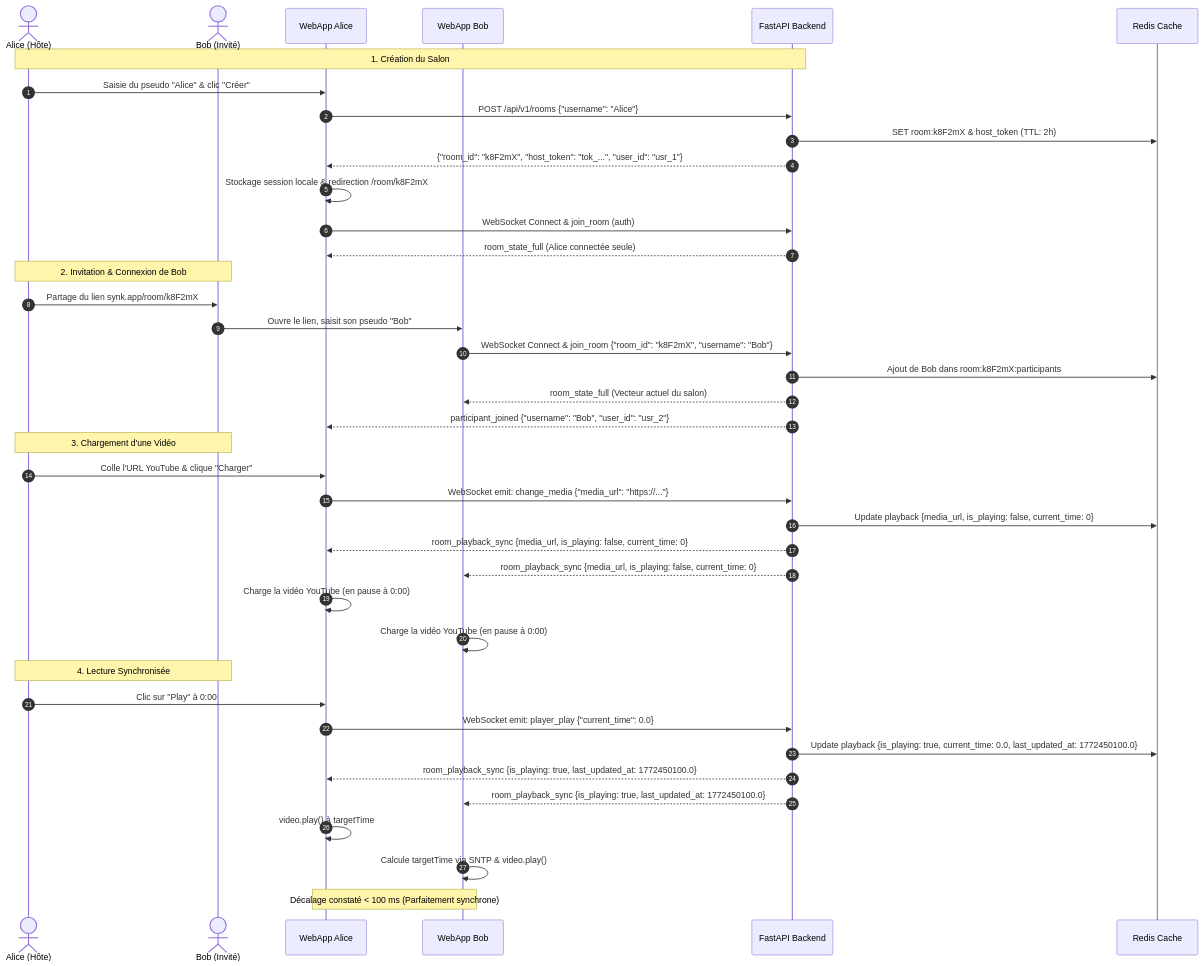
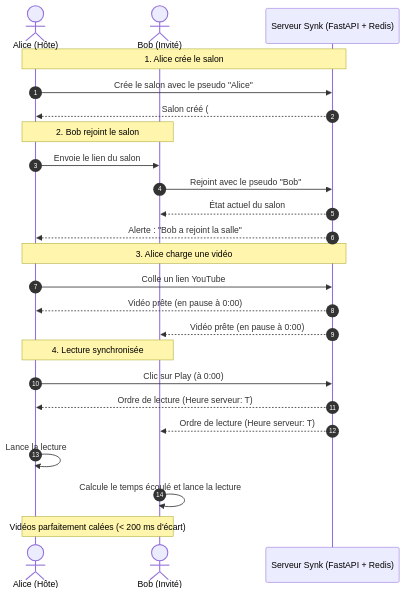
Before and after one commit to Moohmoo/Synk: the diagram in docs/core-sync-algorithm.md, drawn with Mermaid. The commit also changed other lines of this file, not shown here.

Commit message:
docs: simplify sync algorithm documentation

````diff
--- a/docs/core-sync-algorithm.md
+++ b/docs/core-sync-algorithm.md
@@ -93,46 +77,30 @@
 ```mermaid
 sequenceDiagram
     autonumber
     actor Alice as Alice (Hôte)
     actor Bob as Bob (Invité)
-    participant FrontAlice as WebApp Alice
-    participant FrontBob as WebApp Bob
-    participant API as FastAPI Backend
-    participant Redis as Redis Cache
+    participant Serveur as Serveur Synk (FastAPI + Redis)
 
-    Note over Alice,API: 1. Création du Salon
-    Alice->>FrontAlice: Saisie du pseudo "Alice" & clic "Créer"
-    FrontAlice->>API: POST /api/v1/rooms {"username": "Alice"}
-    API->>Redis: SET room:k8F2mX & host_token (TTL: 2h)
-    API-->>FrontAlice: {"room_id": "k8F2mX", "host_token": "tok_...", "user_id": "usr_1"}
-    FrontAlice->>FrontAlice: Stockage session locale & redirection /room/k8F2mX
-    FrontAlice->>API: WebSocket Connect & join_room (auth)
-    API-->>FrontAlice: room_state_full (Alice connectée seule)
+    Note over Alice,Serveur: 1. Alice crée le salon
+    Alice->>Serveur: Crée le salon avec le pseudo "Alice"
+    Serveur-->>Alice: Salon créé (#k8F2mX) + Clé secrète d'hôte
 
-    Note over Alice,Bob: 2. Invitation & Connexion de Bob
-    Alice->>Bob: Partage du lien synk.app/room/k8F2mX
-    Bob->>FrontBob: Ouvre le lien, saisit son pseudo "Bob"
-    FrontBob->>API: WebSocket Connect & join_room {"room_id": "k8F2mX", "username": "Bob"}
-    API->>Redis: Ajout de Bob dans room:k8F2mX:participants
-    API-->>FrontBob: room_state_full (Vecteur actuel du salon)
-    API-->>FrontAlice: participant_joined {"username": "Bob", "user_id": "usr_2"}
+    Note over Alice,Bob: 2. Bob rejoint le salon
+    Alice->>Bob: Envoie le lien du salon
+    Bob->>Serveur: Rejoint avec le pseudo "Bob"
+    Serveur-->>Bob: État actuel du salon
+    Serveur-->>Alice: Alerte : "Bob a rejoint la salle"
 
-    Note over Alice,Bob: 3. Chargement d'une Vidéo
-    Alice->>FrontAlice: Colle l'URL YouTube & clique "Charger"
-    FrontAlice->>API: WebSocket emit: change_media {"media_url": "https://..."}
-    API->>Redis: Update playback {media_url, is_playing: false, current_time: 0}
-    API-->>FrontAlice: room_playback_sync {media_url, is_playing: false, current_time: 0}
-    API-->>FrontBob: room_playback_sync {media_url, is_playing: false, current_time: 0}
-    FrontAlice->>FrontAlice: Charge la vidéo YouTube (en pause à 0:00)
-    FrontBob->>FrontBob: Charge la vidéo YouTube (en pause à 0:00)
+    Note over Alice,Serveur: 3. Alice charge une vidéo
+    Alice->>Serveur: Colle un lien YouTube
+    Serveur-->>Alice: Vidéo prête (en pause à 0:00)
+    Serveur-->>Bob: Vidéo prête (en pause à 0:00)
 
-    Note over Alice,Bob: 4. Lecture Synchronisée
-    Alice->>FrontAlice: Clic sur "Play" à 0:00
-    FrontAlice->>API: WebSocket emit: player_play {"current_time": 0.0}
-    API->>Redis: Update playback {is_playing: true, current_time: 0.0, last_updated_at: 1772450100.0}
-    API-->>FrontAlice: room_playback_sync {is_playing: true, last_updated_at: 1772450100.0}
-    API-->>FrontBob: room_playback_sync {is_playing: true, last_updated_at: 1772450100.0}
-    FrontAlice->>FrontAlice: video.play() à targetTime
-    FrontBob->>FrontBob: Calcule targetTime via SNTP & video.play()
-    Note over FrontAlice,FrontBob: Décalage constaté < 100 ms (Parfaitement synchrone)
+    Note over Alice,Bob: 4. Lecture synchronisée
+    Alice->>Serveur: Clic sur Play (à 0:00)
+    Serveur-->>Alice: Ordre de lecture (Heure serveur: T)
+    Serveur-->>Bob: Ordre de lecture (Heure serveur: T)
+    Alice->>Alice: Lance la lecture
+    Bob->>Bob: Calcule le temps écoulé et lance la lecture
+    Note over Alice,Bob: Vidéos parfaitement calées (< 200 ms d'écart)
 ```
````
